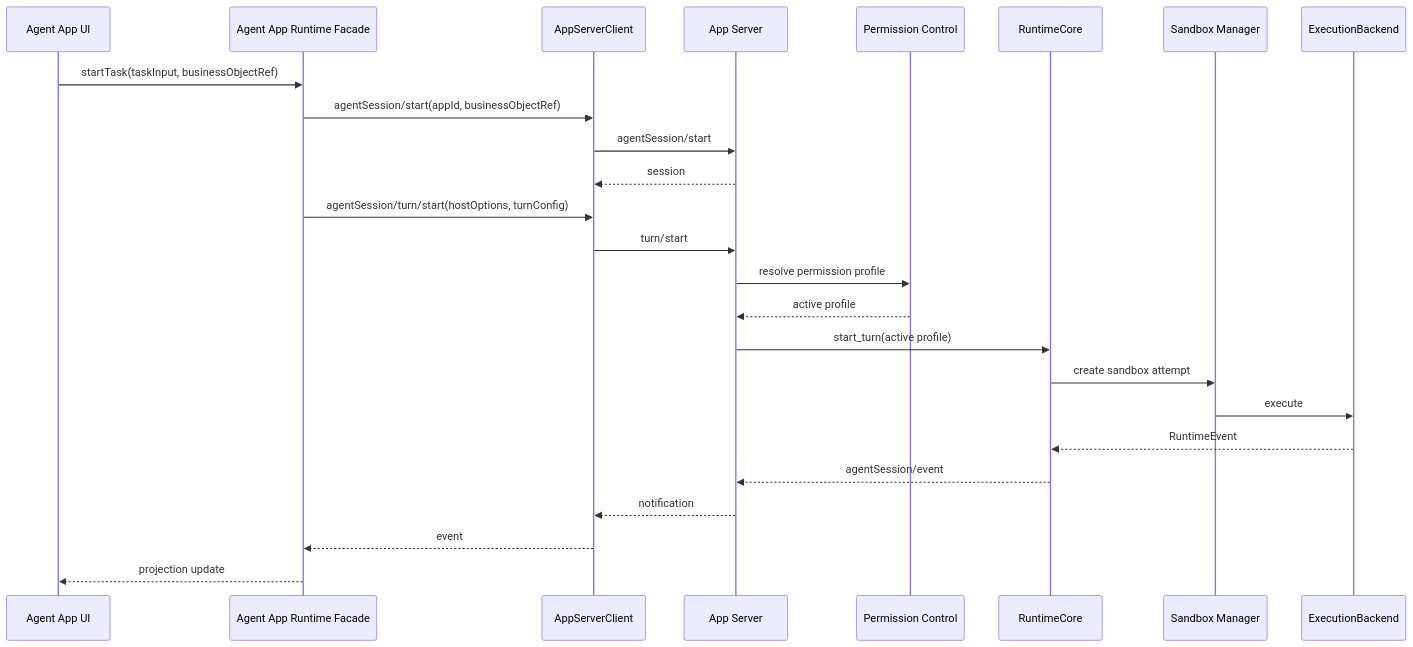
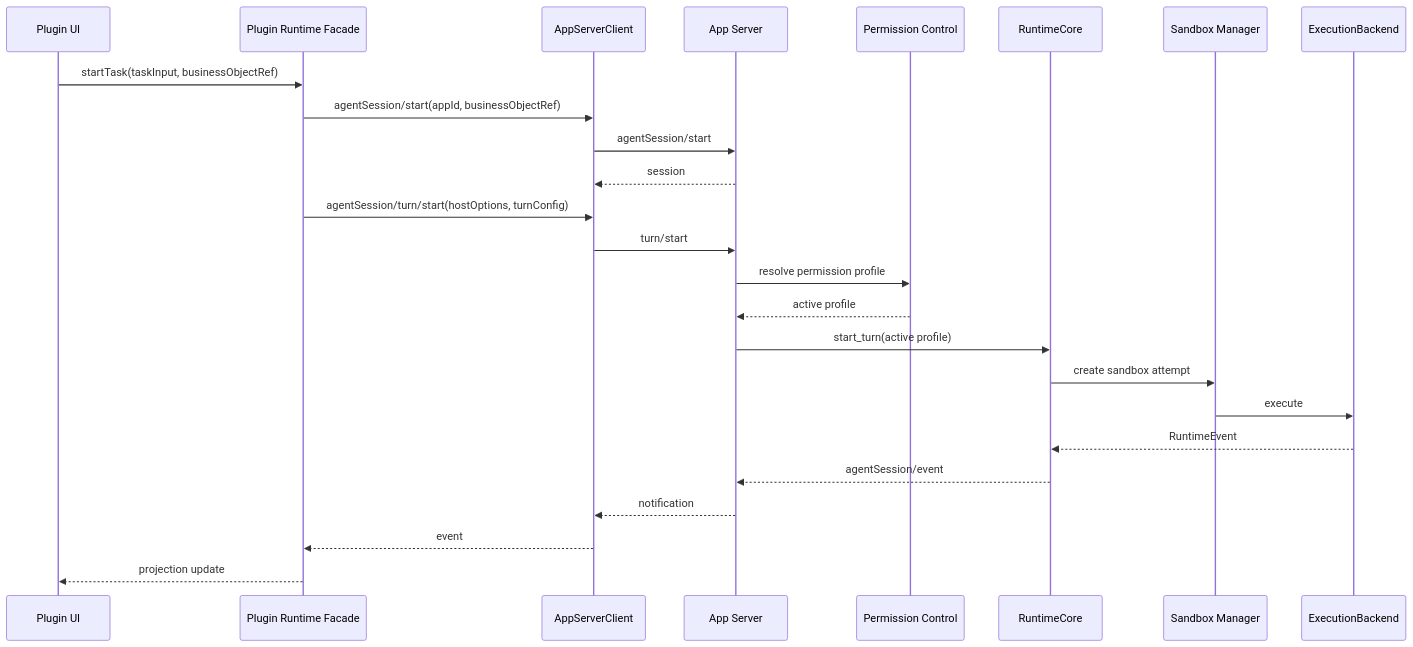
Before and after one commit to jiujuan/lime: the fourth of 10 diagrams in internal/prd/next/sequences.md, drawn with Mermaid. The commit also changed other lines of this file and 527 other files, not shown here.

````diff
--- a/internal/prd/next/sequences.md
+++ b/internal/prd/next/sequences.md
@@ -86,28 +86,28 @@
 ```mermaid
 sequenceDiagram
-    participant App as Agent App UI
-    participant Runtime as Agent App Runtime Facade
+    participant App as Plugin UI
+    participant Runtime as Plugin Runtime Facade
     participant Client as AppServerClient
     participant Server as App Server
     participant Policy as Permission Control
     participant Core as RuntimeCore
     participant Sandbox as Sandbox Manager
     participant Backend as ExecutionBackend
 
     App->>Runtime: startTask(taskInput, businessObjectRef)
     Runtime->>Client: agentSession/start(appId, businessObjectRef)
     Client->>Server: agentSession/start
     Server-->>Client: session
     Runtime->>Client: agentSession/turn/start(hostOptions, turnConfig)
     Client->>Server: turn/start
     Server->>Policy: resolve permission profile
     Policy-->>Server: active profile
     Server->>Core: start_turn(active profile)
     Core->>Sandbox: create sandbox attempt
     Sandbox->>Backend: execute
     Backend-->>Core: RuntimeEvent
     Core-->>Server: agentSession/event
     Server-->>Client: notification
     Client-->>Runtime: event
     Runtime-->>App: projection update
 ```
````
